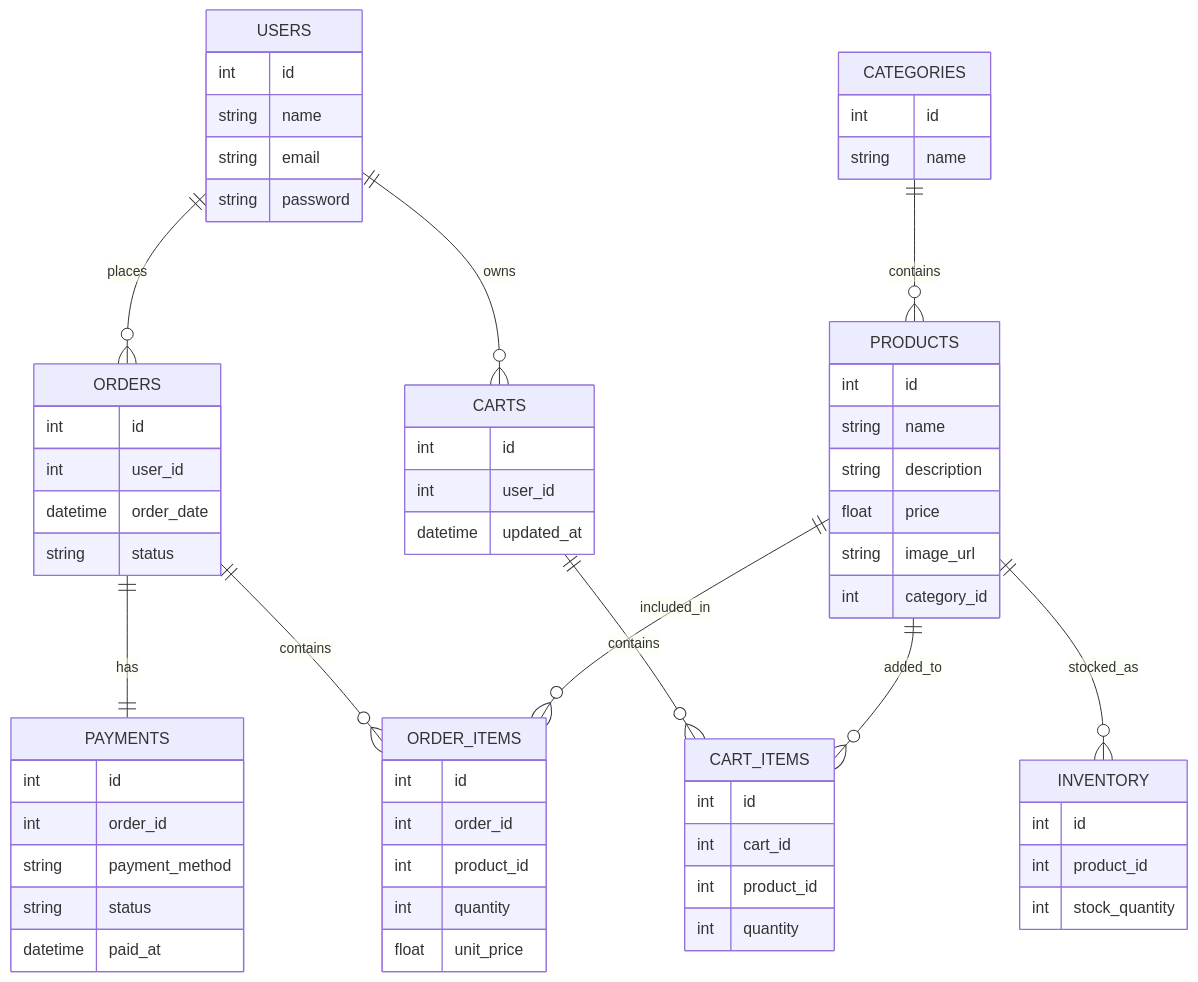
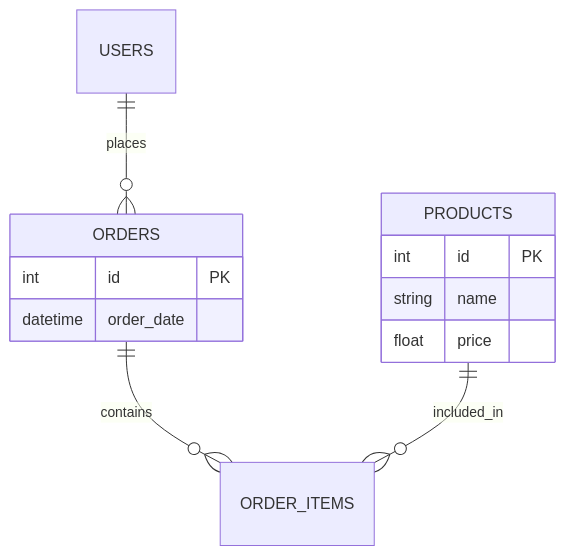
One commit to andikatjacobdennis/QuickCart changed the fifth of 5 diagrams in docs/001_SRS_Shopping_Cart_System.md. Above: the diagram before and after it, drawn with Mermaid. The commit also changed other lines of this file and 3 other files, not shown here.

````diff
--- a/docs/001_SRS_Shopping_Cart_System.md
+++ b/docs/001_SRS_Shopping_Cart_System.md
@@ -622,74 +332,15 @@
 ```mermaid
 erDiagram
-    USERS ||--o{ ORDERS : places
-    USERS ||--o{ CARTS : owns
-    USERS {
-        int id
+    USERS ||--o{ ORDERS : "places"
+    ORDERS ||--o{ ORDER_ITEMS : "contains"
+    PRODUCTS ||--o{ ORDER_ITEMS : "included_in"
+    PRODUCTS {
+        int id PK
         string name
-        string email
-        string password
+        float price
     }
-
-    PRODUCTS ||--o{ ORDER_ITEMS : included_in
-    PRODUCTS ||--o{ CART_ITEMS : added_to
-    PRODUCTS ||--o{ INVENTORY : stocked_as
-    PRODUCTS {
-        int id
-        string name
-        string description
-        float price
-        string image_url
-        int category_id
-    }
-
-    CATEGORIES ||--o{ PRODUCTS : contains
-    CATEGORIES {
-        int id
-        string name
-    }
-
-    ORDERS ||--o{ ORDER_ITEMS : contains
-    ORDERS ||--|| PAYMENTS : has
     ORDERS {
-        int id
-        int user_id
+        int id PK
         datetime order_date
-        string status
-    }
-
-    ORDER_ITEMS {
-        int id
-        int order_id
-        int product_id
-        int quantity
-        float unit_price
-    }
-
-    PAYMENTS {
-        int id
-        int order_id
-        string payment_method
-        string status
-        datetime paid_at
-    }
-
-    CARTS ||--o{ CART_ITEMS : contains
-    CARTS {
-        int id
-        int user_id
-        datetime updated_at
-    }
-
-    CART_ITEMS {
-        int id
-        int cart_id
-        int product_id
-        int quantity
-    }
-
-    INVENTORY {
-        int id
-        int product_id
-        int stock_quantity
     }
 ```
````
